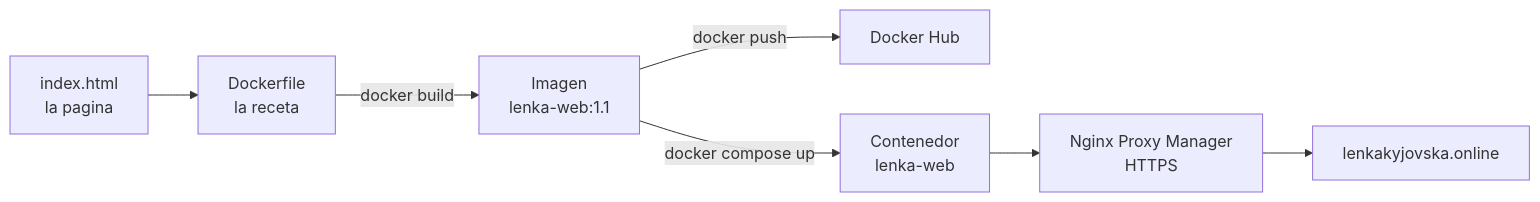
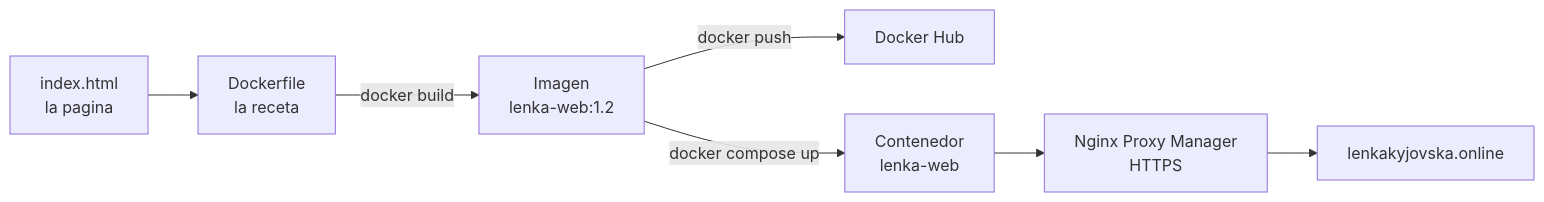
Before and after one commit to lkyjovska/practica12-lamp-docker: the first of 2 diagrams in docs/imagen-lenka-web.md, drawn with Mermaid. The commit also changed other lines of this file and 3 other files, not shown here.

Commit message:
Guia para principiantes y version 1.2 de lenka-web con QR

````diff
--- a/docs/imagen-lenka-web.md
+++ b/docs/imagen-lenka-web.md
@@ -9,9 +9,9 @@
 ```mermaid
 flowchart LR
  A["index.html<br>la pagina"] --> B["Dockerfile<br>la receta"]
- B -->|docker build| C["Imagen<br>lenka-web:1.1"]
+ B -->|docker build| C["Imagen<br>lenka-web:1.2"]
  C -->|docker push| D["Docker Hub"]
  C -->|docker compose up| E["Contenedor<br>lenka-web"]
  E --> F["Nginx Proxy Manager<br>HTTPS"]
  F --> G["lenkakyjovska.online"]
 ```
````
